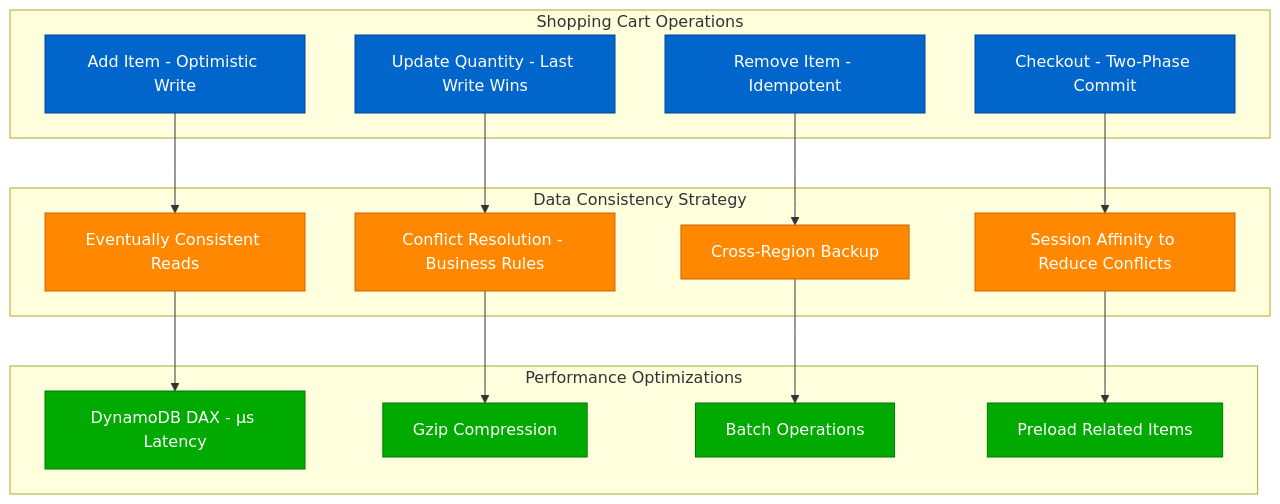
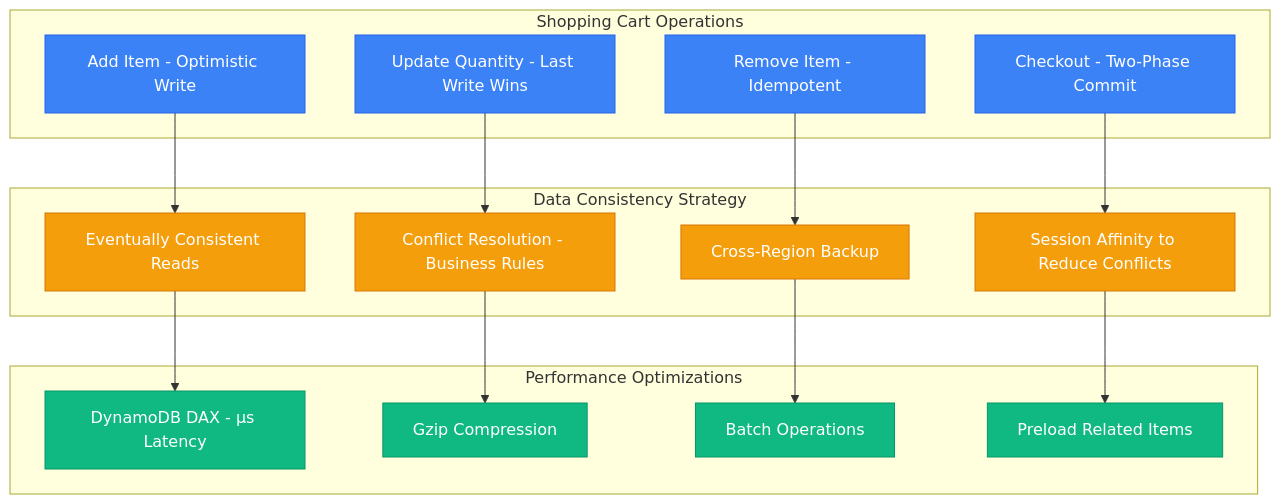
The tenth of 16 diagrams in site/docs/examples/case-studies.md (deepaucksharma/DS), drawn with Mermaid before and after one commit. The commit also changed other lines of this file and 303 other files, not shown here.

````diff
--- a/site/docs/examples/case-studies.md
+++ b/site/docs/examples/case-studies.md
@@ -506,41 +506,41 @@
 ```mermaid
 graph TB
     subgraph CartOperations[Shopping Cart Operations]
         ADD[Add Item - Optimistic Write]
         UPDATE[Update Quantity - Last Write Wins]
         REMOVE[Remove Item - Idempotent]
         CHECKOUT[Checkout - Two-Phase Commit]
     end
 
     subgraph DataConsistency[Data Consistency Strategy]
         EVENTUAL[Eventually Consistent Reads]
         CONFLICT[Conflict Resolution - Business Rules]
         BACKUP[Cross-Region Backup]
         SESSION[Session Affinity to Reduce Conflicts]
     end
 
     subgraph Performance[Performance Optimizations]
         CACHE[DynamoDB DAX - μs Latency]
         COMPRESS[Gzip Compression]
         BATCH[Batch Operations]
         PRELOAD[Preload Related Items]
     end
 
     ADD --> EVENTUAL
     UPDATE --> CONFLICT
     REMOVE --> BACKUP
     CHECKOUT --> SESSION
 
     EVENTUAL --> CACHE
     CONFLICT --> COMPRESS
     BACKUP --> BATCH
     SESSION --> PRELOAD
 
-    classDef operationStyle fill:#0066CC,stroke:#004499,color:#fff
-    classDef consistencyStyle fill:#FF8800,stroke:#CC6600,color:#fff
-    classDef perfStyle fill:#00AA00,stroke:#007700,color:#fff
+    classDef operationStyle fill:#3B82F6,stroke:#2563EB,color:#fff
+    classDef consistencyStyle fill:#F59E0B,stroke:#D97706,color:#fff
+    classDef perfStyle fill:#10B981,stroke:#059669,color:#fff
 
     class ADD,UPDATE,REMOVE,CHECKOUT operationStyle
     class EVENTUAL,CONFLICT,BACKUP,SESSION consistencyStyle
     class CACHE,COMPRESS,BATCH,PRELOAD perfStyle
 ```
````
